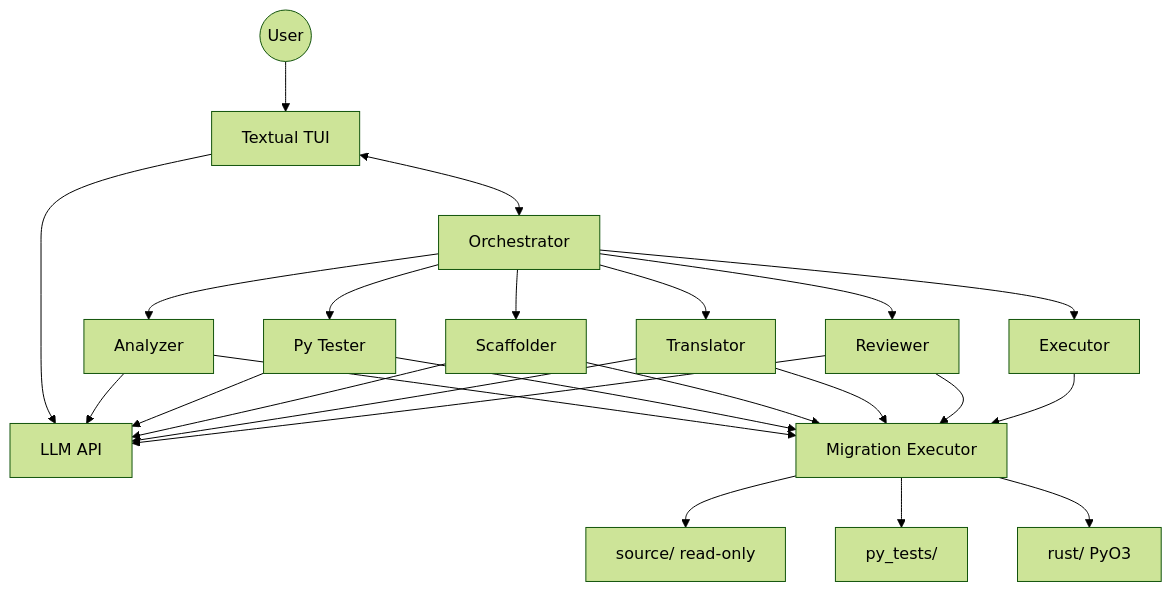
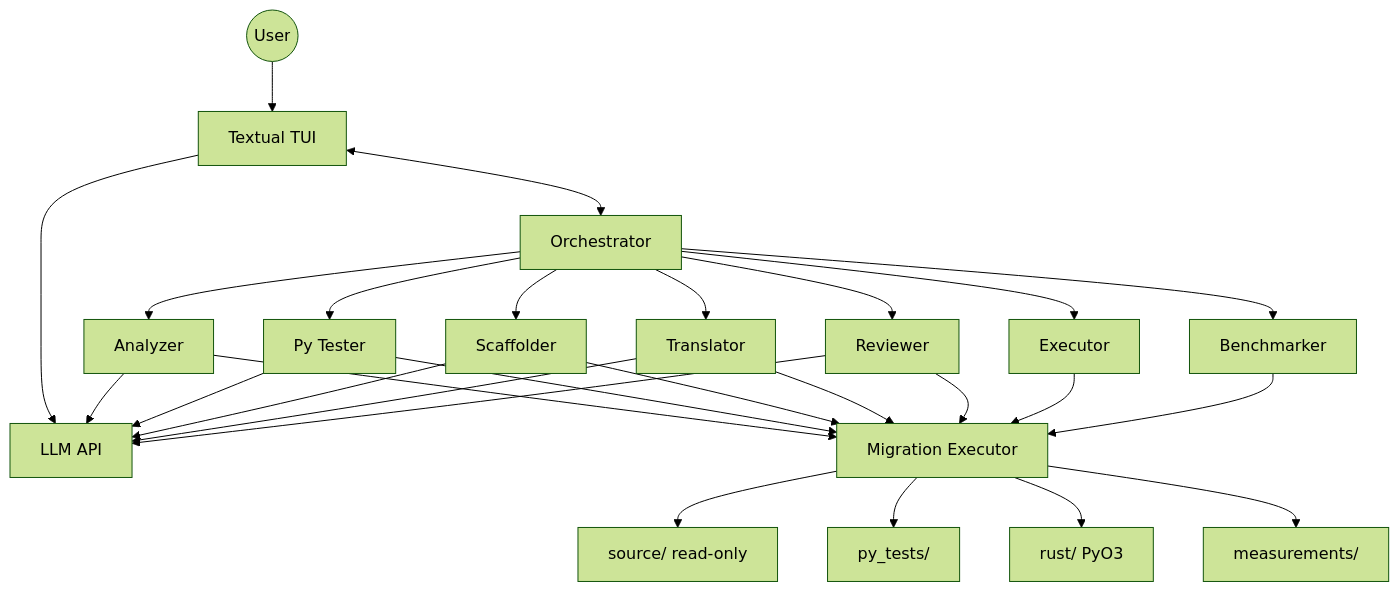
One commit to Haaparanta/AaltoAI-Ai-For-Good changed the first of 2 diagrams in README.md. Above: the diagram before and after it, drawn with Mermaid (forest theme). The commit also changed other lines of this file and 20 other files, not shown here.

````diff
--- a/README.md
+++ b/README.md
@@ -7,30 +7,33 @@
 ```mermaid
 flowchart TB
     User((User)) --> TUI[Textual TUI]
     TUI --> LLM[LLM API]
     TUI <--> Orch[Orchestrator]
 
     Orch --> Analyzer
     Orch --> PyTester[Py Tester]
     Orch --> Scaffolder
     Orch --> Translator
     Orch --> Reviewer
     Orch --> Exec[Executor]
+    Orch --> Bench[Benchmarker]
 
     Analyzer --> LLM
     PyTester --> LLM
     Scaffolder --> LLM
     Translator --> LLM
     Reviewer --> LLM
 
     Analyzer --> ME[Migration Executor]
     PyTester --> ME
     Scaffolder --> ME
     Translator --> ME
     Reviewer --> ME
     Exec --> ME
+    Bench --> ME
 
     ME --> Source[source/ read-only]
     ME --> Py[py_tests/]
     ME --> Ru[rust/ PyO3]
+    ME --> Meas[measurements/]
 ```
````
